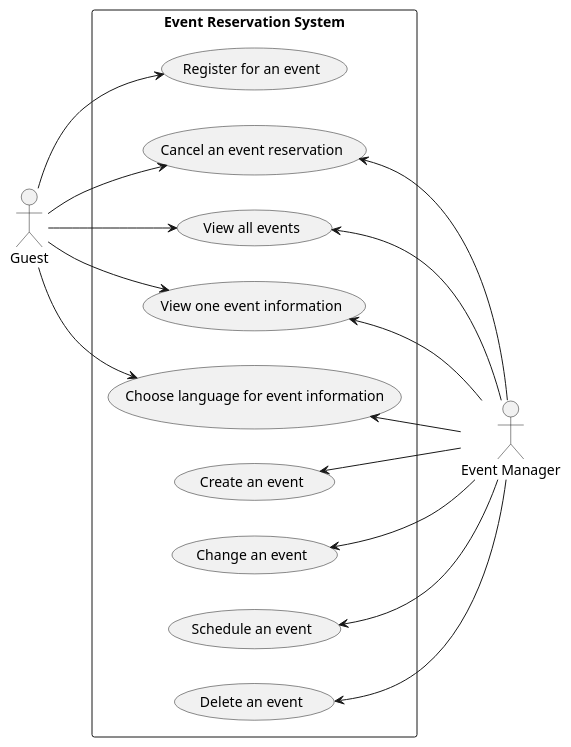
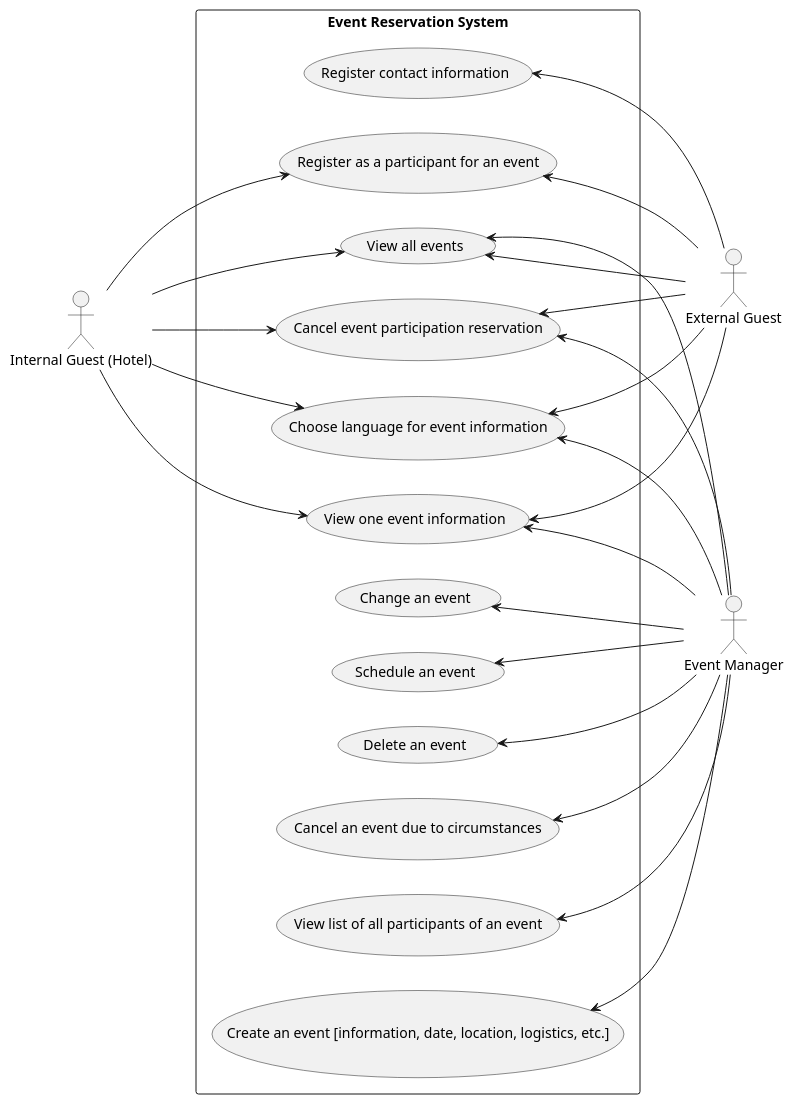
One commit to mrjink/molveno changed the diagram in src/main/docs/uml/use-case/events/reservation.puml. Above: the diagram before and after it, drawn with PlantUML. The commit also changed 3 other files, not shown here.

```diff
--- a/src/main/docs/uml/use-case/events/reservation.puml
+++ b/src/main/docs/uml/use-case/events/reservation.puml
@@ -1,35 +1,46 @@
 @startuml
 
 left to right direction
 
-actor Guest
+actor "Internal Guest (Hotel)" as Guest
 actor "Event Manager" as EM
+actor "External Guest" as EX
 
 rectangle "Event Reservation System" {
-    (Register for an event) as (EventBook)
-    (Cancel an event reservation) as (EventCancel)
+    (Register as a participant for an event) as (EventBook)
+    (Cancel event participation reservation) as (EventReservationCancel)
     (View all events) as (EventAll)
     (View one event information) as (EventView)
     (Choose language for event information) as (EventLanguage)
-    (Create an event) as (EventCreate)
+    (Create an event [information, date, location, logistics, etc.]) as (EventCreate)
     (Change an event) as (EventChange)
     (Schedule an event) as (EventSchedule)
     (Delete an event) as (EventDelete)
+    (Cancel an event due to circumstances) as (EventCancel)
 
     Guest --> (EventBook)
-    Guest --> (EventCancel)
+    Guest --> (EventReservationCancel)
     Guest --> (EventAll)
     Guest --> (EventView)
     Guest --> (EventLanguage)
+
+    (EventBook) <-- EX
+    (EventReservationCancel) <-- EX
+    (EventAll) <-- EX
+    (EventView) <-- EX
+    (EventLanguage) <-- EX
+    (Register contact information) <-- EX
 
     (EventAll) <-- EM
     (EventView) <-- EM
     (EventLanguage) <-- EM
     (EventCreate) <-- EM
     (EventChange) <-- EM
     (EventSchedule) <-- EM
     (EventDelete) <-- EM
+    (EventReservationCancel) <-- EM
     (EventCancel) <-- EM
+    (View list of all participants of an event) <-- EM
 }
 
 @enduml
```
